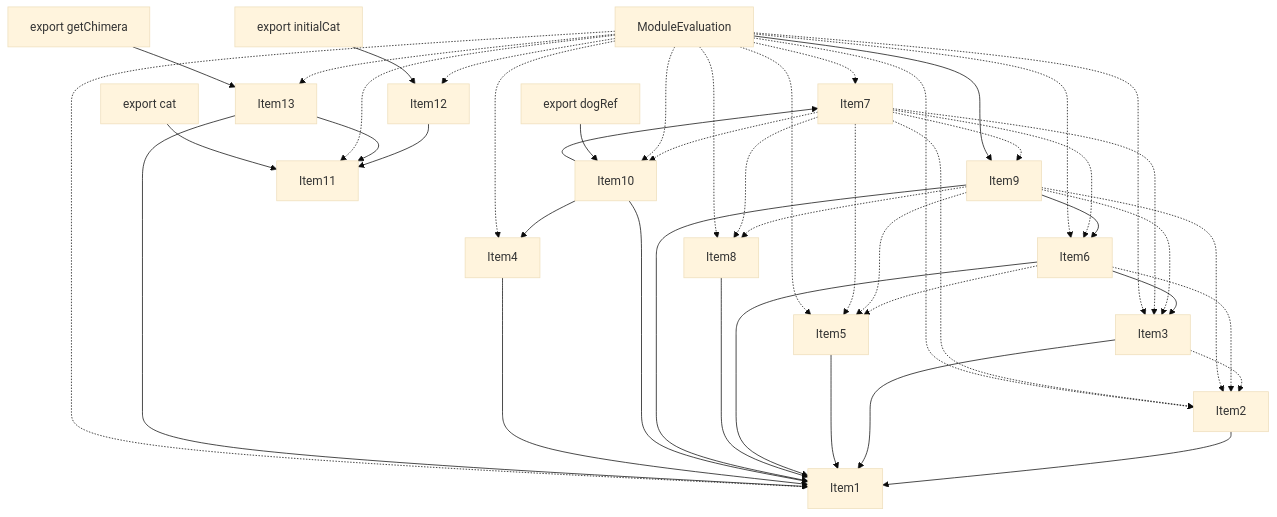
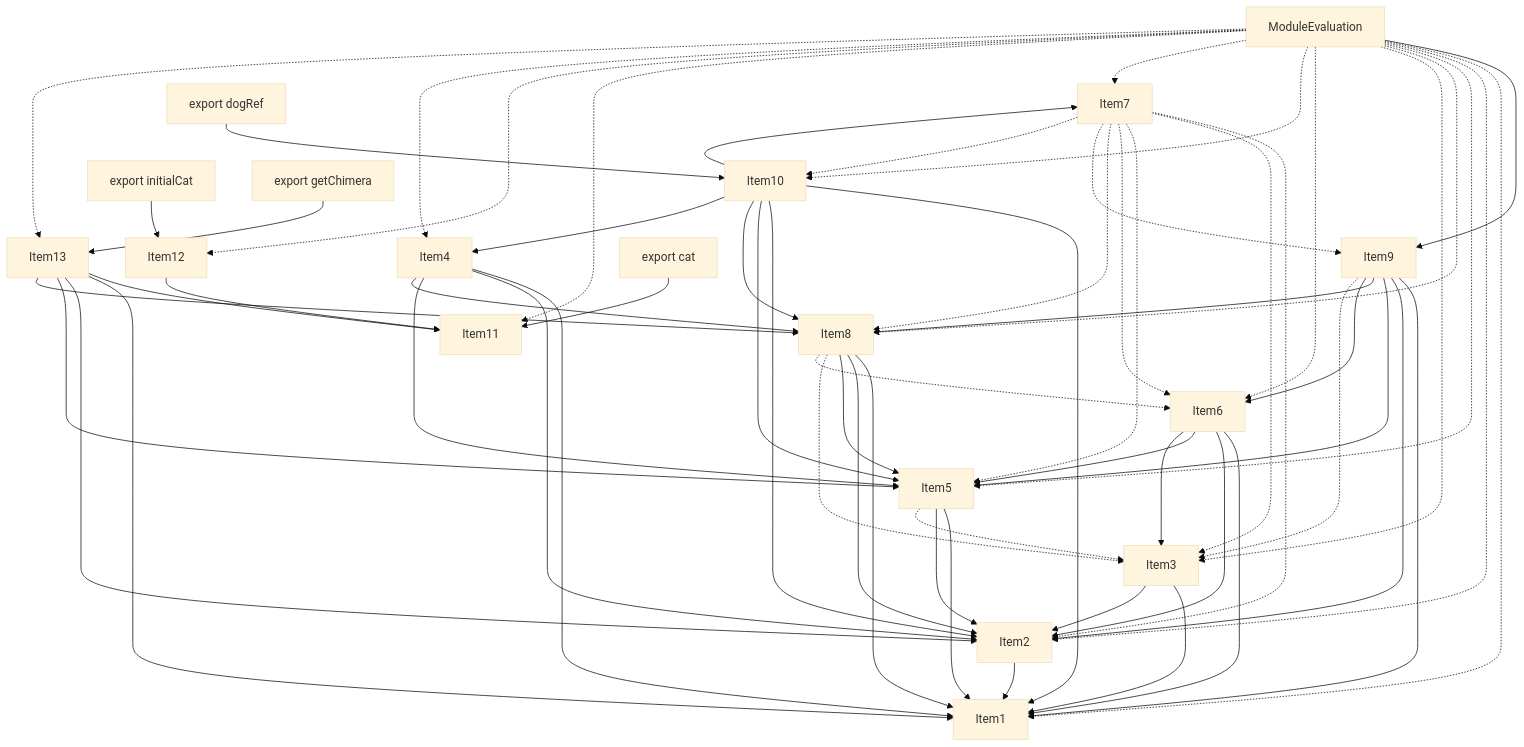
The fourth of 4 diagrams in crates/turbopack-ecmascript/tests/tree-shaker/analyzer/complex/output.md (vercel/turborepo), drawn with Mermaid (base theme) before and after one commit. The commit also changed other lines of this file and 2 other files, not shown here.

```diff
--- a/crates/turbopack-ecmascript/tests/tree-shaker/analyzer/complex/output.md
+++ b/crates/turbopack-ecmascript/tests/tree-shaker/analyzer/complex/output.md
@@ -296,24 +323,36 @@
     Item18["export getChimera"];
     Item2 --> Item1;
     Item3 --> Item1;
-    Item3 -.-> Item2;
+    Item3 --> Item2;
     Item5 --> Item1;
+    Item5 --> Item2;
+    Item5 -.-> Item3;
     Item6 --> Item1;
+    Item6 --> Item2;
+    Item6 --> Item5;
     Item6 --> Item3;
-    Item6 -.-> Item2;
-    Item6 -.-> Item5;
     Item8 --> Item1;
+    Item8 --> Item2;
+    Item8 --> Item5;
+    Item8 -.-> Item3;
+    Item8 -.-> Item6;
     Item9 --> Item1;
+    Item9 --> Item2;
+    Item9 --> Item5;
+    Item9 --> Item8;
     Item9 --> Item6;
-    Item9 -.-> Item2;
     Item9 -.-> Item3;
-    Item9 -.-> Item5;
-    Item9 -.-> Item8;
     Item10 --> Item1;
+    Item10 --> Item2;
+    Item10 --> Item5;
+    Item10 --> Item8;
     Item10 --> Item4;
     Item10 --> Item7;
     Item12 --> Item11;
     Item4 --> Item1;
+    Item4 --> Item2;
+    Item4 --> Item5;
+    Item4 --> Item8;
     Item7 -.-> Item2;
     Item7 -.-> Item3;
     Item7 -.-> Item5;
@@ -323,13 +362,16 @@
     Item7 -.-> Item10;
     Item13 --> Item11;
     Item13 --> Item1;
+    Item13 --> Item2;
+    Item13 --> Item5;
+    Item13 --> Item8;
     Item14 --> Item9;
     Item14 -.-> Item1;
     Item14 -.-> Item2;
+    Item14 -.-> Item5;
+    Item14 -.-> Item8;
     Item14 -.-> Item3;
-    Item14 -.-> Item5;
     Item14 -.-> Item6;
-    Item14 -.-> Item8;
     Item14 -.-> Item10;
     Item14 -.-> Item7;
     Item14 -.-> Item11;
```
